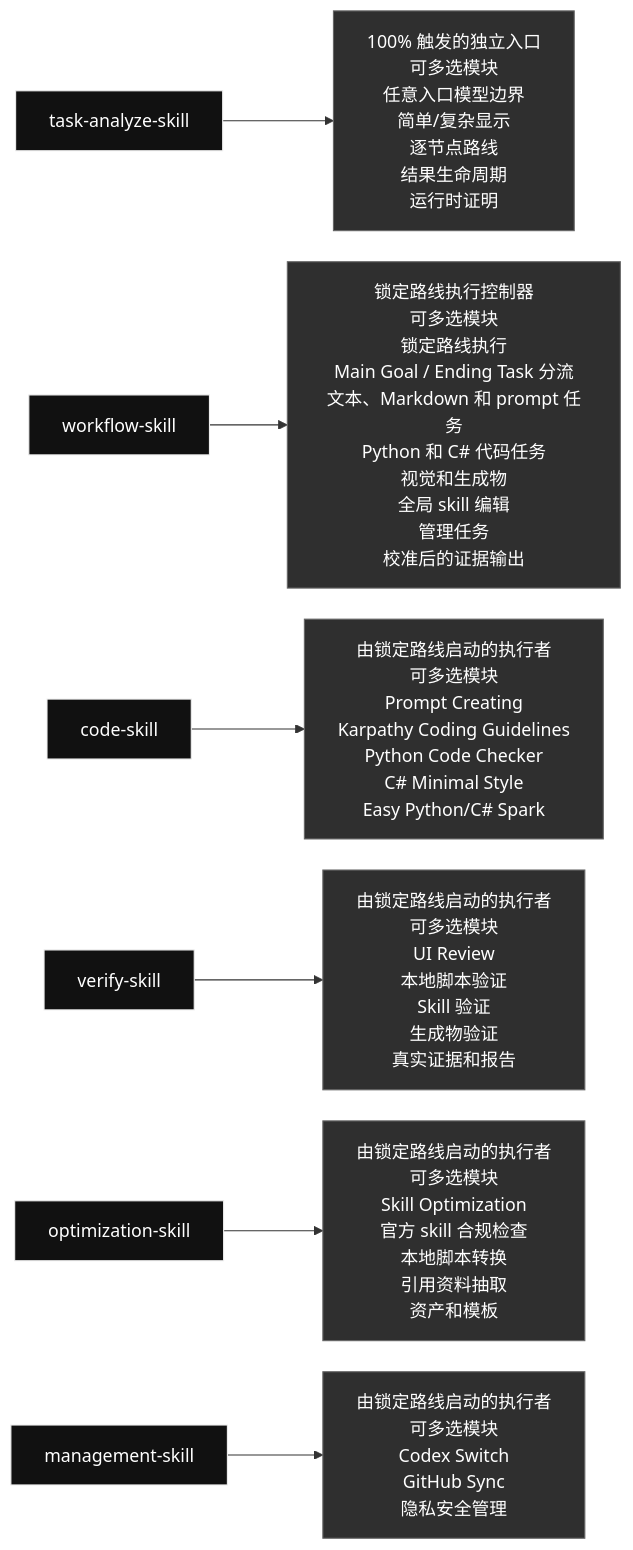
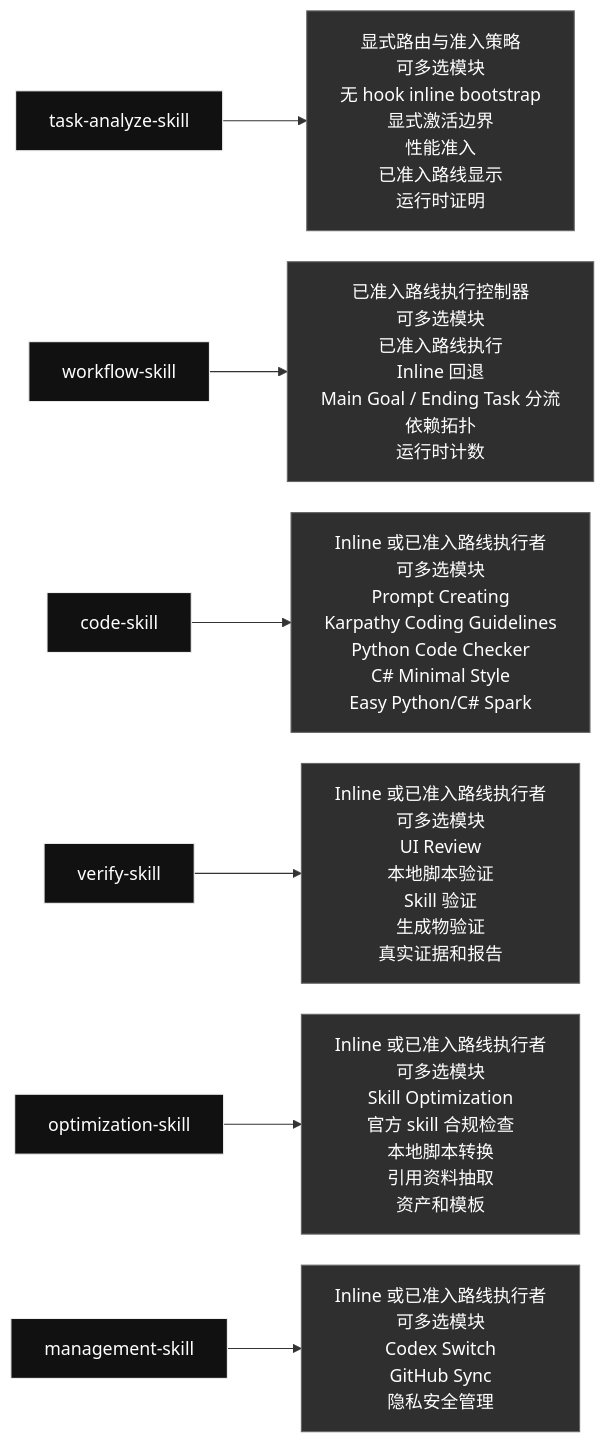
One commit to qinbatista/qin-codex-skills changed the first of 2 diagrams in README.zh.md. Above: the diagram before and after it, drawn with Mermaid. The commit also changed other lines of this file and 72 other files, not shown here.

````diff
--- a/README.zh.md
+++ b/README.zh.md
@@ -7,14 +7,14 @@
 ```mermaid
 %%{init: {"flowchart": {"nodeSpacing": 28, "rankSpacing": 54, "wrappingWidth": 240}}}%%
 flowchart LR
-  skill_task_analyze_skill["task-analyze-skill"] --> inside_task_analyze_skill["100% 触发的独立入口<br/>可多选模块<br/>任意入口模型边界<br/>简单/复杂显示<br/>逐节点路线<br/>结果生命周期<br/>运行时证明"]
-  skill_workflow_skill["workflow-skill"] --> inside_workflow_skill["锁定路线执行控制器<br/>可多选模块<br/>锁定路线执行<br/>Main Goal / Ending Task 分流<br/>文本、Markdown 和 prompt 任务<br/>Python 和 C# 代码任务<br/>视觉和生成物<br/>全局 skill 编辑<br/>管理任务<br/>校准后的证据输出"]
-  skill_code_skill["code-skill"] --> inside_code_skill["由锁定路线启动的执行者<br/>可多选模块<br/>Prompt Creating<br/>Karpathy Coding Guidelines<br/>Python Code Checker<br/>C# Minimal Style<br/>Easy Python/C# Spark"]
-  skill_verify_skill["verify-skill"] --> inside_verify_skill["由锁定路线启动的执行者<br/>可多选模块<br/>UI Review<br/>本地脚本验证<br/>Skill 验证<br/>生成物验证<br/>真实证据和报告"]
-  skill_optimization_skill["optimization-skill"] --> inside_optimization_skill["由锁定路线启动的执行者<br/>可多选模块<br/>Skill Optimization<br/>官方 skill 合规检查<br/>本地脚本转换<br/>引用资料抽取<br/>资产和模板"]
-  skill_management_skill["management-skill"] --> inside_management_skill["由锁定路线启动的执行者<br/>可多选模块<br/>Codex Switch<br/>GitHub Sync<br/>隐私安全管理"]
+  skill_task_analyze_skill["task-analyze-skill"] --> inside_task_analyze_skill["显式路由与准入策略<br/>可多选模块<br/>无 hook inline bootstrap<br/>显式激活边界<br/>性能准入<br/>已准入路线显示<br/>运行时证明"]
+  skill_workflow_skill["workflow-skill"] --> inside_workflow_skill["已准入路线执行控制器<br/>可多选模块<br/>已准入路线执行<br/>Inline 回退<br/>Main Goal / Ending Task 分流<br/>依赖拓扑<br/>运行时计数"]
+  skill_code_skill["code-skill"] --> inside_code_skill["Inline 或已准入路线执行者<br/>可多选模块<br/>Prompt Creating<br/>Karpathy Coding Guidelines<br/>Python Code Checker<br/>C# Minimal Style<br/>Easy Python/C# Spark"]
+  skill_verify_skill["verify-skill"] --> inside_verify_skill["Inline 或已准入路线执行者<br/>可多选模块<br/>UI Review<br/>本地脚本验证<br/>Skill 验证<br/>生成物验证<br/>真实证据和报告"]
+  skill_optimization_skill["optimization-skill"] --> inside_optimization_skill["Inline 或已准入路线执行者<br/>可多选模块<br/>Skill Optimization<br/>官方 skill 合规检查<br/>本地脚本转换<br/>引用资料抽取<br/>资产和模板"]
+  skill_management_skill["management-skill"] --> inside_management_skill["Inline 或已准入路线执行者<br/>可多选模块<br/>Codex Switch<br/>GitHub Sync<br/>隐私安全管理"]
   classDef skill fill:#111,color:#fff,stroke:#eee;
   classDef content fill:#2f2f2f,color:#fff,stroke:#666;
   class skill_task_analyze_skill,skill_workflow_skill,skill_code_skill,skill_verify_skill,skill_optimization_skill,skill_management_skill skill;
   class inside_task_analyze_skill,inside_workflow_skill,inside_code_skill,inside_verify_skill,inside_optimization_skill,inside_management_skill content;
 ```
````
